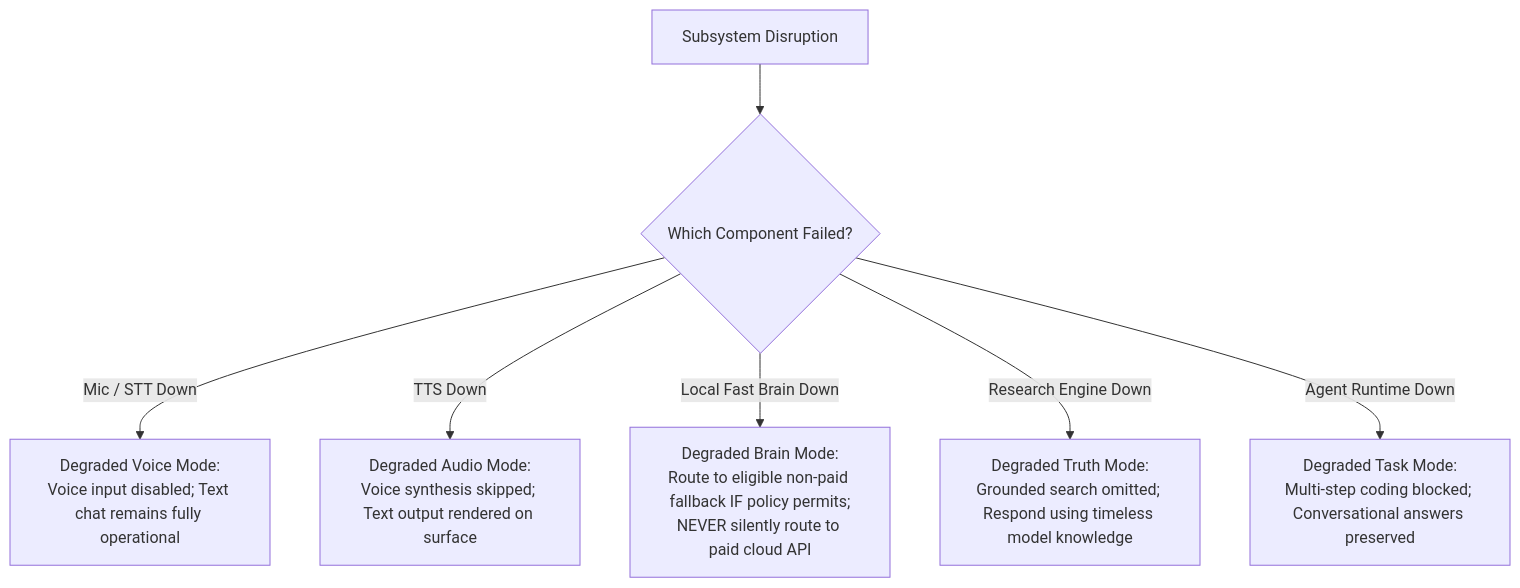
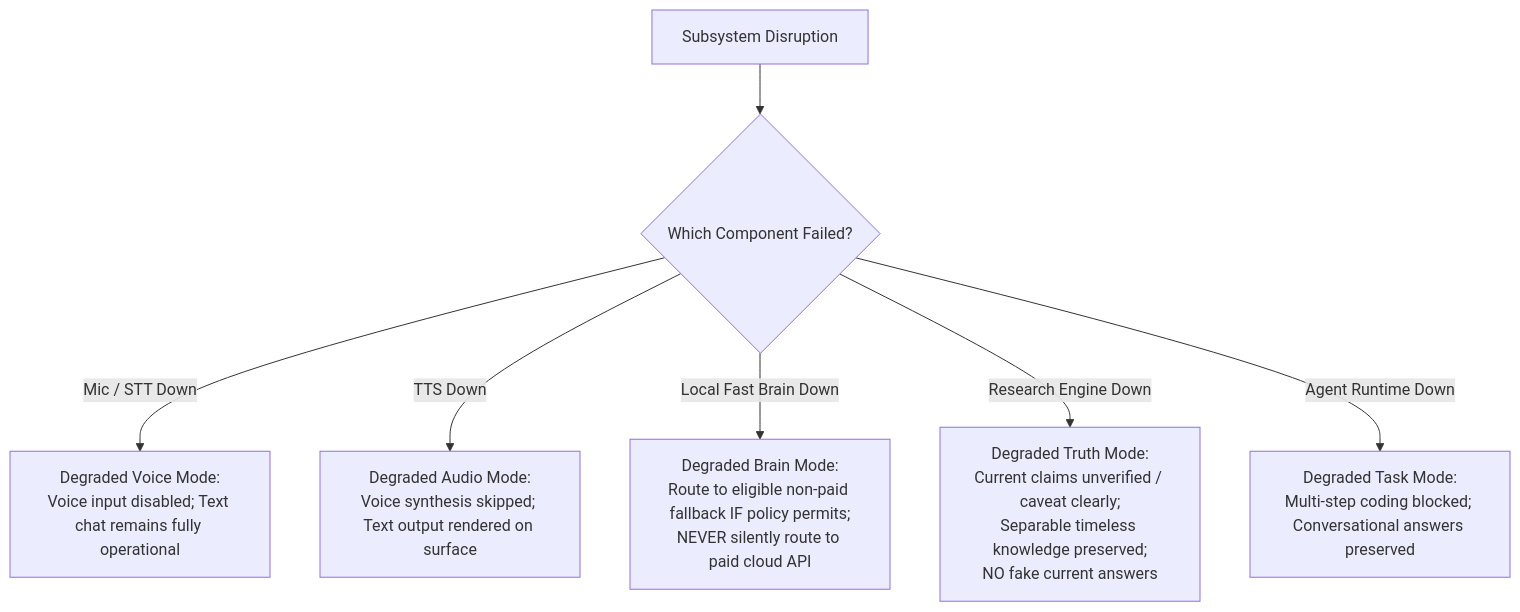
Before and after one commit to Jeff7563/MAVE: diagram 12 of 16 in docs/architecture/MAVE_F1_9_DIAGNOSTICS_RELIABILITY_ARCHITECTURE_AUDIT.md, drawn with Mermaid. The commit also changed other lines of this file, not shown here.

Commit message:
docs(intelligence): harden diagnostics reliability architecture

````diff
--- a/docs/architecture/MAVE_F1_9_DIAGNOSTICS_RELIABILITY_ARCHITECTURE_AUDIT.md
+++ b/docs/architecture/MAVE_F1_9_DIAGNOSTICS_RELIABILITY_ARCHITECTURE_AUDIT.md
@@ -738,10 +777,10 @@
 ```mermaid
 flowchart TD
     Failure["Subsystem Disruption"] --> Check{"Which Component Failed?"}
 
     Check -->|Mic / STT Down| Degrade1["Degraded Voice Mode:<br/>Voice input disabled; Text chat remains fully operational"]
     Check -->|TTS Down| Degrade2["Degraded Audio Mode:<br/>Voice synthesis skipped; Text output rendered on surface"]
     Check -->|Local Fast Brain Down| Degrade3["Degraded Brain Mode:<br/>Route to eligible non-paid fallback IF policy permits;<br/>NEVER silently route to paid cloud API"]
-    Check -->|Research Engine Down| Degrade4["Degraded Truth Mode:<br/>Grounded search omitted; Respond using timeless model knowledge"]
+    Check -->|Research Engine Down| Degrade4["Degraded Truth Mode:<br/>Current claims unverified / caveat clearly;<br/>Separable timeless knowledge preserved;<br/>NO fake current answers"]
     Check -->|Agent Runtime Down| Degrade5["Degraded Task Mode:<br/>Multi-step coding blocked; Conversational answers preserved"]
 ```
````
